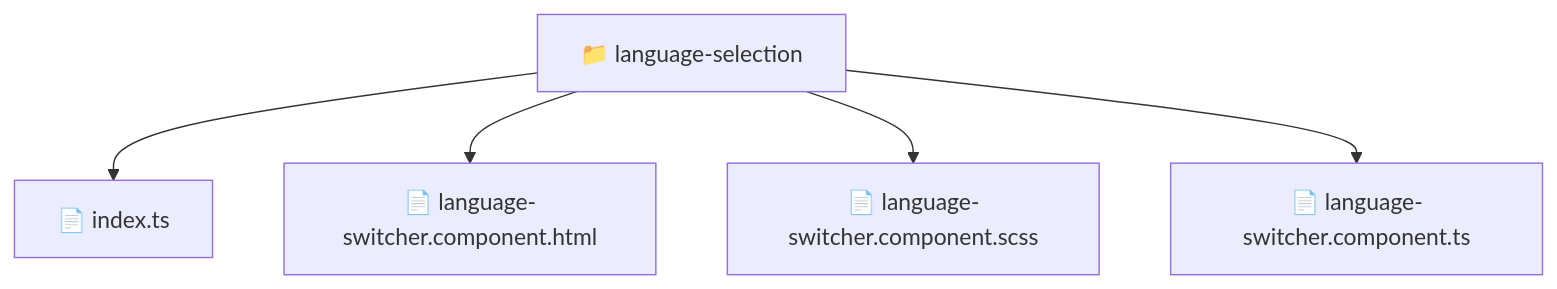
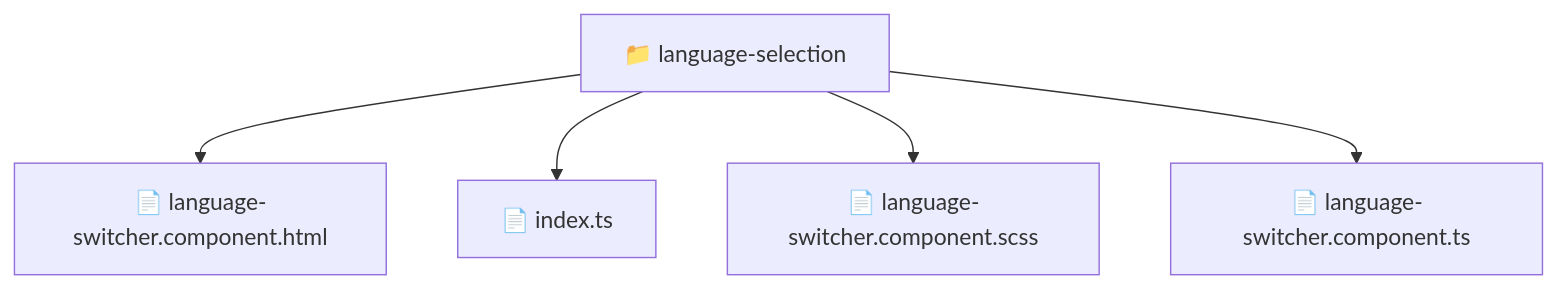
The diagram in frontend/src/features/language-selection/README.md (beginwebdev2002/fullstack-mavluda), drawn with Mermaid before and after one commit. The commit also changed other lines of this file and 164 other files, not shown here.

First line of the commit message:
docs: generate robust autonomous architectural documentation

````diff
--- a/frontend/src/features/language-selection/README.md
+++ b/frontend/src/features/language-selection/README.md
@@ -11,8 +11,8 @@
 ```mermaid
 graph TD
-  Root["📁 language-selection"]
-  Root --> index_ts["📄 index.ts"]
-  Root --> language_switcher_component_html["📄 language-switcher.component.html"]
-  Root --> language_switcher_component_scss["📄 language-switcher.component.scss"]
-  Root --> language_switcher_component_ts["📄 language-switcher.component.ts"]
+    f_language_selection["📁 language-selection"]
+    f_language_selection --> f_language_switcher_component_html["📄 language-switcher.component.html"]
+    f_language_selection --> f_index_ts["📄 index.ts"]
+    f_language_selection --> f_language_switcher_component_scss["📄 language-switcher.component.scss"]
+    f_language_selection --> f_language_switcher_component_ts["📄 language-switcher.component.ts"]
 ```
````
